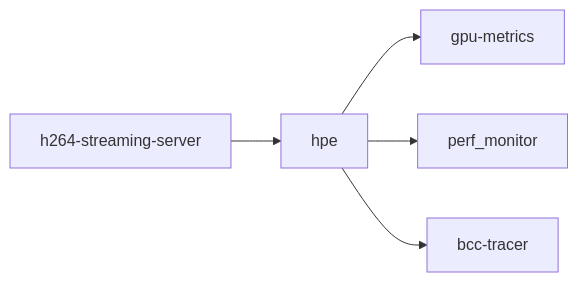
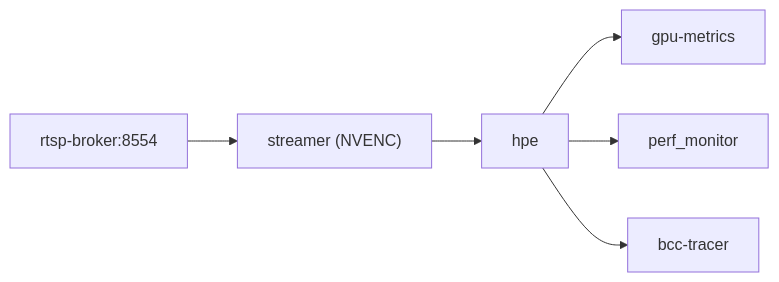
One commit to Fogus-Gr/MeasurementsDTs changed the third of 3 diagrams in .qoder/repowiki/en/content/Deployment Infrastructure/Containerization and Docker Configuration.md. Above: the diagram before and after it, drawn with Mermaid. The commit also changed other lines of this file and 12 other files, not shown here.

````diff
--- a/.qoder/repowiki/en/content/Deployment Infrastructure/Containerization and Docker Configuration.md
+++ b/.qoder/repowiki/en/content/Deployment Infrastructure/Containerization and Docker Configuration.md
@@ -264,7 +309,8 @@
 ```mermaid
 graph LR
-H264["h264-streaming-server"] --> HPE["hpe"]
+BROKER["rtsp-broker:8554"] --> STREAMER["streamer (NVENC)"]
+STREAMER --> HPE["hpe"]
 HPE --> GPU["gpu-metrics"]
 HPE --> PERF["perf_monitor"]
 HPE --> BPF["bcc-tracer"]
 ```
````
